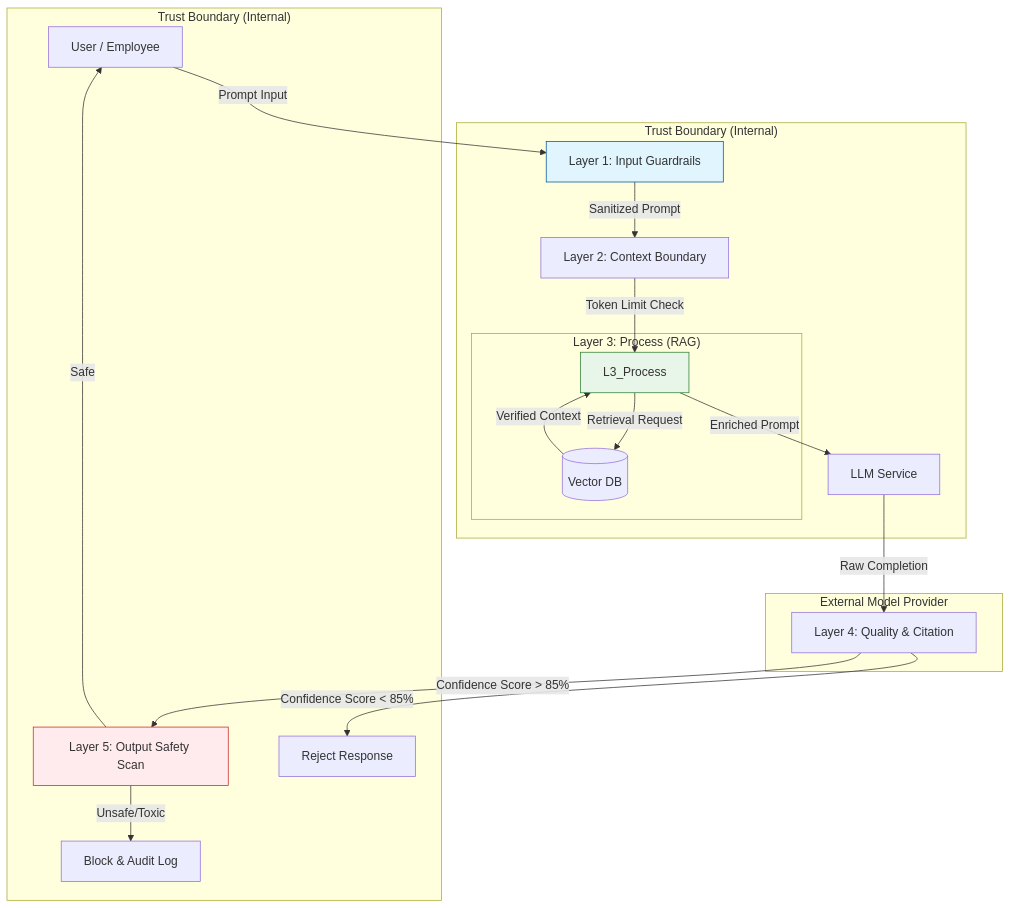
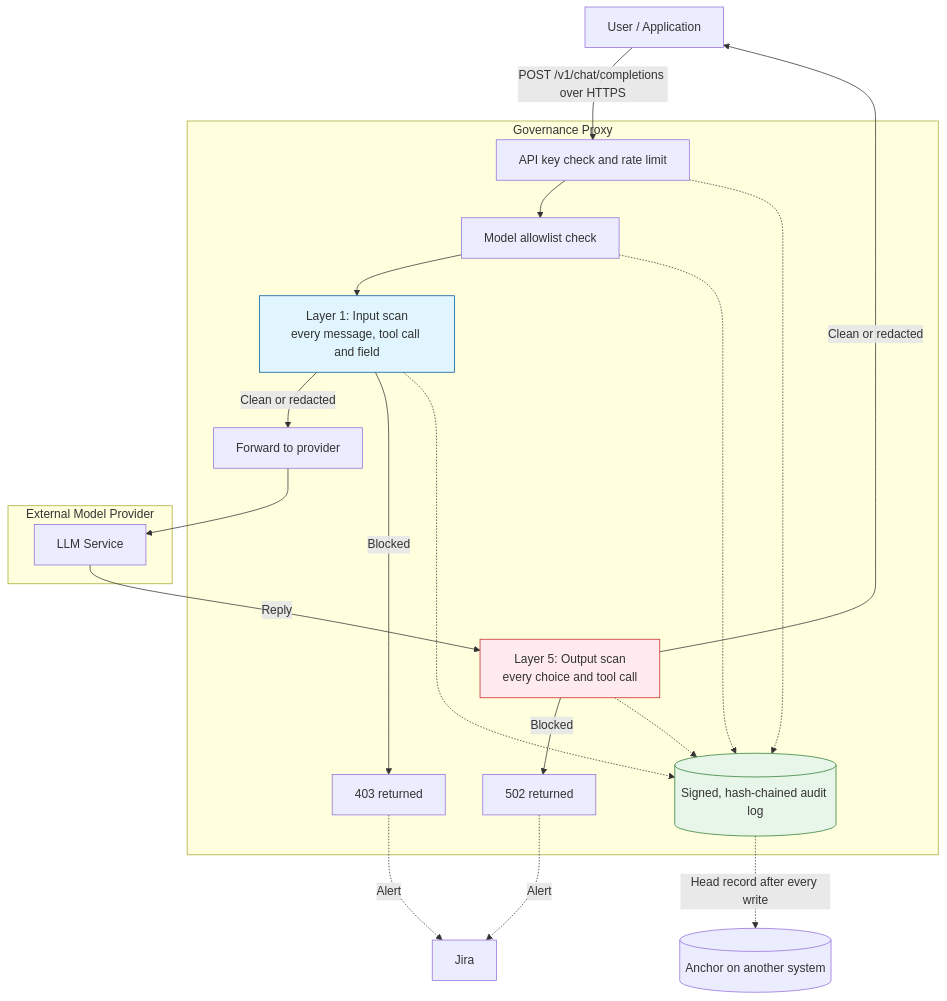
One commit to codyjkeller/ai-governance-framework changed the diagram in diagrams/governance_flow.mermaid. Above: the diagram before and after it, drawn with Mermaid. The commit also changed 14 other files, not shown here.

```diff
--- a/diagrams/governance_flow.mermaid
+++ b/diagrams/governance_flow.mermaid
@@ -1,31 +1,31 @@
 graph TD
-    User[User / Employee] -->|Prompt Input| L1_Input
-    
-    subgraph "Trust Boundary (Internal)"
-        L1_Input[Layer 1: Input Guardrails] -->|Sanitized Prompt| L2_Boundary
-        
-        L2_Boundary[Layer 2: Context Boundary] -->|Token Limit Check| L3_Process
-        
-        subgraph "Layer 3: Process (RAG)"
-            L3_Process -->|Retrieval Request| VectorDB[(Vector DB)]
-            VectorDB -->|Verified Context| L3_Process
-        end
-        
-        L3_Process -->|Enriched Prompt| LLM_API
+    User[User / Application] -->|"POST /v1/chat/completions over HTTPS"| Auth
+
+    subgraph "Governance Proxy"
+        Auth[API key check and rate limit] --> Model[Model allowlist check]
+        Model --> Input["Layer 1: Input scan<br/>every message, tool call and field"]
+        Input -->|Clean or redacted| Forward[Forward to provider]
+        Input -->|Blocked| Reject1[403 returned]
+        Output["Layer 5: Output scan<br/>every choice and tool call"]
+        Output -->|Blocked| Reject2[502 returned]
+        Audit[("Signed, hash-chained audit log")]
     end
-    
+
     subgraph "External Model Provider"
-        LLM_API[LLM Service] -->|Raw Completion| L4_Quality
+        Forward --> LLM[LLM Service]
     end
-    
-    subgraph "Trust Boundary (Internal)"
-        L4_Quality[Layer 4: Quality & Citation] -->|Confidence Score > 85%| L5_Safety
-        L4_Quality -->|Confidence Score < 85%| Reject[Reject Response]
-        
-        L5_Safety[Layer 5: Output Safety Scan] -->|Safe| User
-        L5_Safety -->|Unsafe/Toxic| Block[Block & Audit Log]
-    end
-    
-    style L1_Input fill:#e1f5fe,stroke:#01579b
-    style L3_Process fill:#e8f5e9,stroke:#2e7d32
-    style L5_Safety fill:#ffebee,stroke:#c62828
+
+    LLM -->|Reply| Output
+    Output -->|Clean or redacted| User
+
+    Auth -.-> Audit
+    Model -.-> Audit
+    Input -.-> Audit
+    Output -.-> Audit
+    Audit -.->|Head record after every write| Anchor[("Anchor on another system")]
+    Reject1 -.->|Alert| Jira[Jira]
+    Reject2 -.->|Alert| Jira
+
+    style Input fill:#e1f5fe,stroke:#01579b
+    style Output fill:#ffebee,stroke:#c62828
+    style Audit fill:#e8f5e9,stroke:#2e7d32
```
